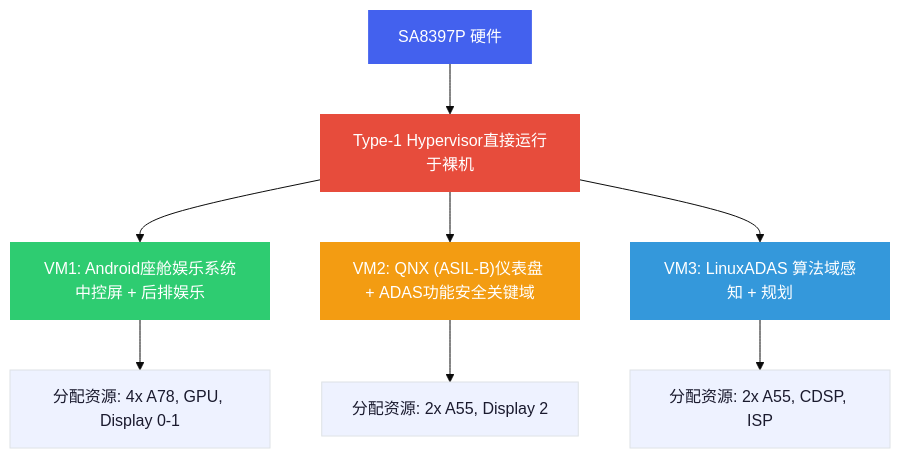
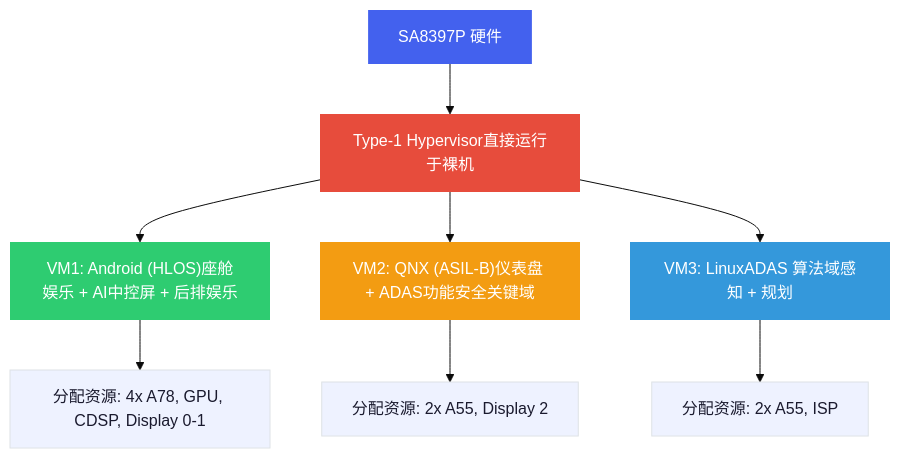
One commit to ranpin/edge-ai-docs changed the sixth of 9 diagrams in cockpit/general/hardware.md. Above: the diagram before and after it, drawn with Mermaid (base theme). The commit also changed other lines of this file and 13 other files, not shown here.

````diff
--- a/cockpit/general/hardware.md
+++ b/cockpit/general/hardware.md
@@ -278,23 +332,23 @@
 ```mermaid
 graph TB
     HW["SA8397P 硬件"]
     HYP["Type-1 Hypervisor直接运行于裸机"]
     HW --> HYP
 
-    HYP --> VM1["VM1: Android座舱娱乐系统中控屏 + 后排娱乐"]
+    HYP --> VM1["VM1: Android (HLOS)座舱娱乐 + AI中控屏 + 后排娱乐"]
     HYP --> VM2["VM2: QNX (ASIL-B)仪表盘 + ADAS功能安全关键域"]
     HYP --> VM3["VM3: LinuxADAS 算法域感知 + 规划"]
 
-    VM1 --> R1["分配资源: 4x A78, GPU, Display 0-1"]
+    VM1 --> R1["分配资源: 4x A78, GPU, CDSP, Display 0-1"]
     VM2 --> R2["分配资源: 2x A55, Display 2"]
-    VM3 --> R3["分配资源: 2x A55, CDSP, ISP"]
+    VM3 --> R3["分配资源: 2x A55, ISP"]
 
     style HW fill:#4361ee,color:#fff,stroke:none
     style HYP fill:#e74c3c,color:#fff,stroke:none
     style VM1 fill:#2ecc71,color:#fff,stroke:none
     style VM2 fill:#f39c12,color:#fff,stroke:none
     style VM3 fill:#3498db,color:#fff,stroke:none
     style R1 fill:#eef2ff,color:#1a1a2e,stroke:#dee2e6
     style R2 fill:#eef2ff,color:#1a1a2e,stroke:#dee2e6
     style R3 fill:#eef2ff,color:#1a1a2e,stroke:#dee2e6
 ```
````
